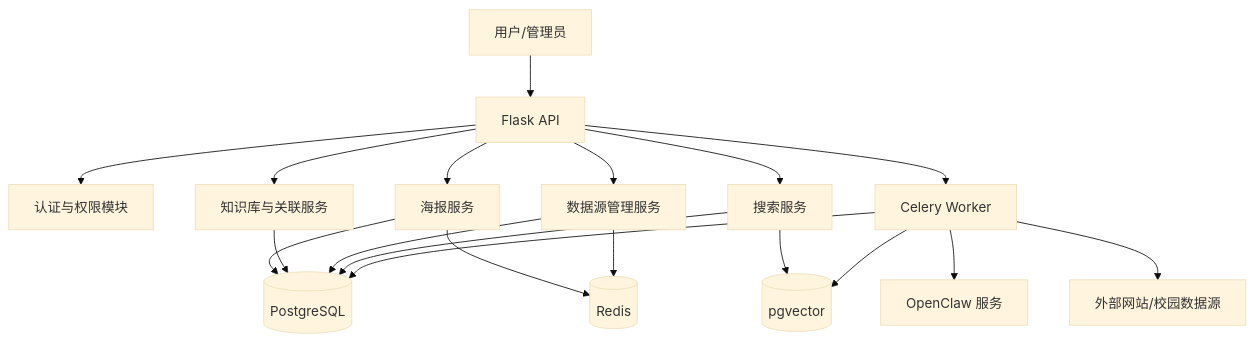
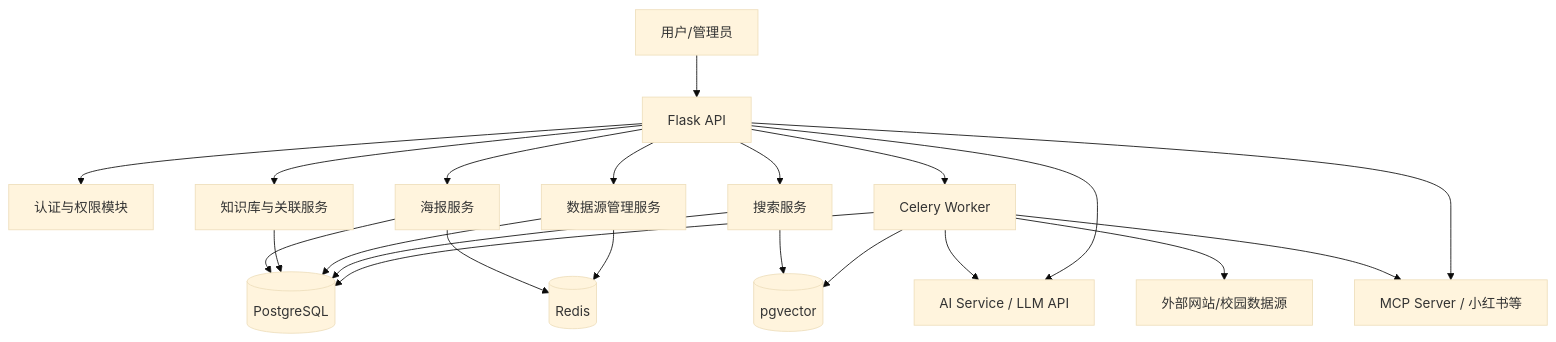
The first of 2 diagrams in docs/后端技术文档.md (qiuboboo/Campus-Activity-Information-Platform), drawn with Mermaid (base theme) before and after one commit. The commit also changed other lines of this file and 15 other files, not shown here.

First line of the commit message:
Replace OpenClaw with lightweight AI + MCP architecture

````diff
--- a/docs/后端技术文档.md
+++ b/docs/后端技术文档.md
@@ -115,23 +116,26 @@
 ```mermaid
 flowchart TD
     U[用户/管理员] --> W[Flask API]
     W --> A[认证与权限模块]
     W --> P[海报服务]
     W --> E[知识库与关联服务]
     W --> S[搜索服务]
     W --> D[数据源管理服务]
 
     P --> DB[(PostgreSQL)]
     E --> DB
     D --> DB
     S --> DB
     S --> V[(pgvector)]
 
     P --> R[(Redis)]
     D --> R
     W --> C[Celery Worker]
     C --> DB
     C --> V
-    C --> O[OpenClaw 服务]
+    C --> AI[AI Service / LLM API]
     C --> X[外部网站/校园数据源]
+    C --> M[MCP Server / 小红书等]
+    W --> AI
+    W --> M
 ```
````
